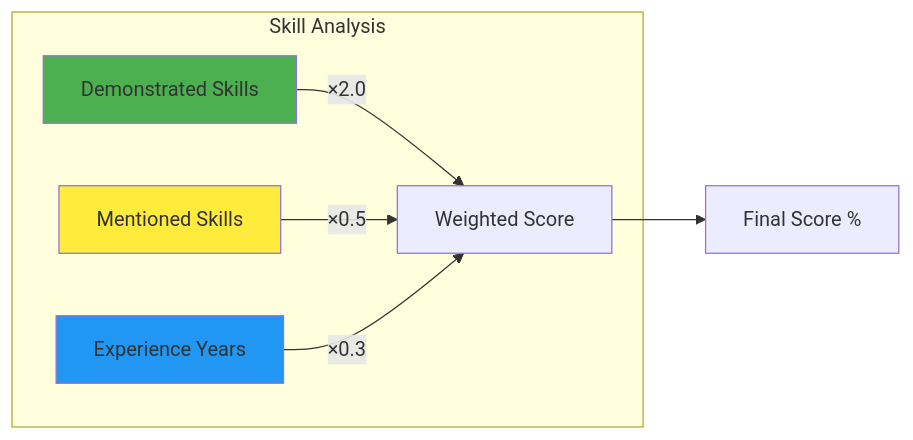
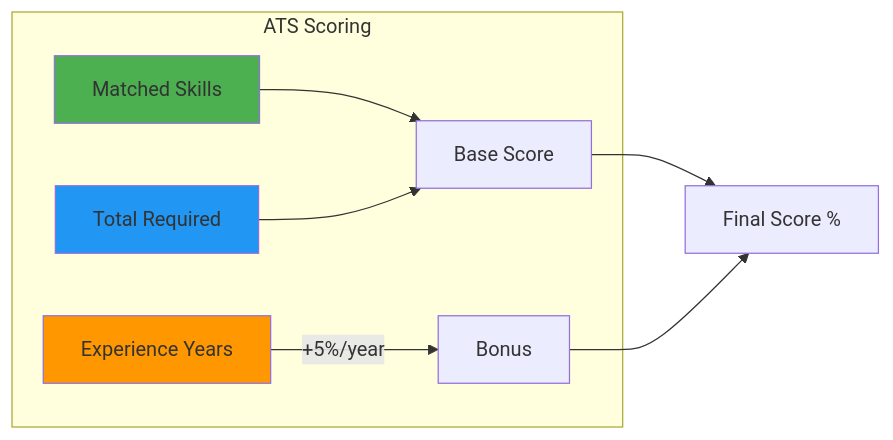
One commit to Pradnesh23/AuraAi changed the fourth of 4 diagrams in README.md. Above: the diagram before and after it, drawn with Mermaid. The commit also changed other lines of this file and 2 other files, not shown here.

Commit message:
Switch to industry-standard ATS scoring formula

````diff
--- a/README.md
+++ b/README.md
@@ -192,14 +192,15 @@
 ```mermaid
 graph LR
-    subgraph Skills["Skill Analysis"]
-        A[Demonstrated Skills] -->|×2.0| D[Weighted Score]
-        B[Mentioned Skills] -->|×0.5| D
-        C[Experience Years] -->|×0.3| D
+    subgraph ATS["ATS Scoring"]
+        A[Matched Skills] --> D[Base Score]
+        B[Total Required] --> D
+        C[Experience Years] -->|+5%/year| E[Bonus]
     end
     
-    D --> E[Final Score %]
+    D --> F[Final Score %]
+    E --> F
     
     style A fill:#4caf50
-    style B fill:#ffeb3b
-    style C fill:#2196f3
+    style B fill:#2196f3
+    style C fill:#ff9800
 ```
````
